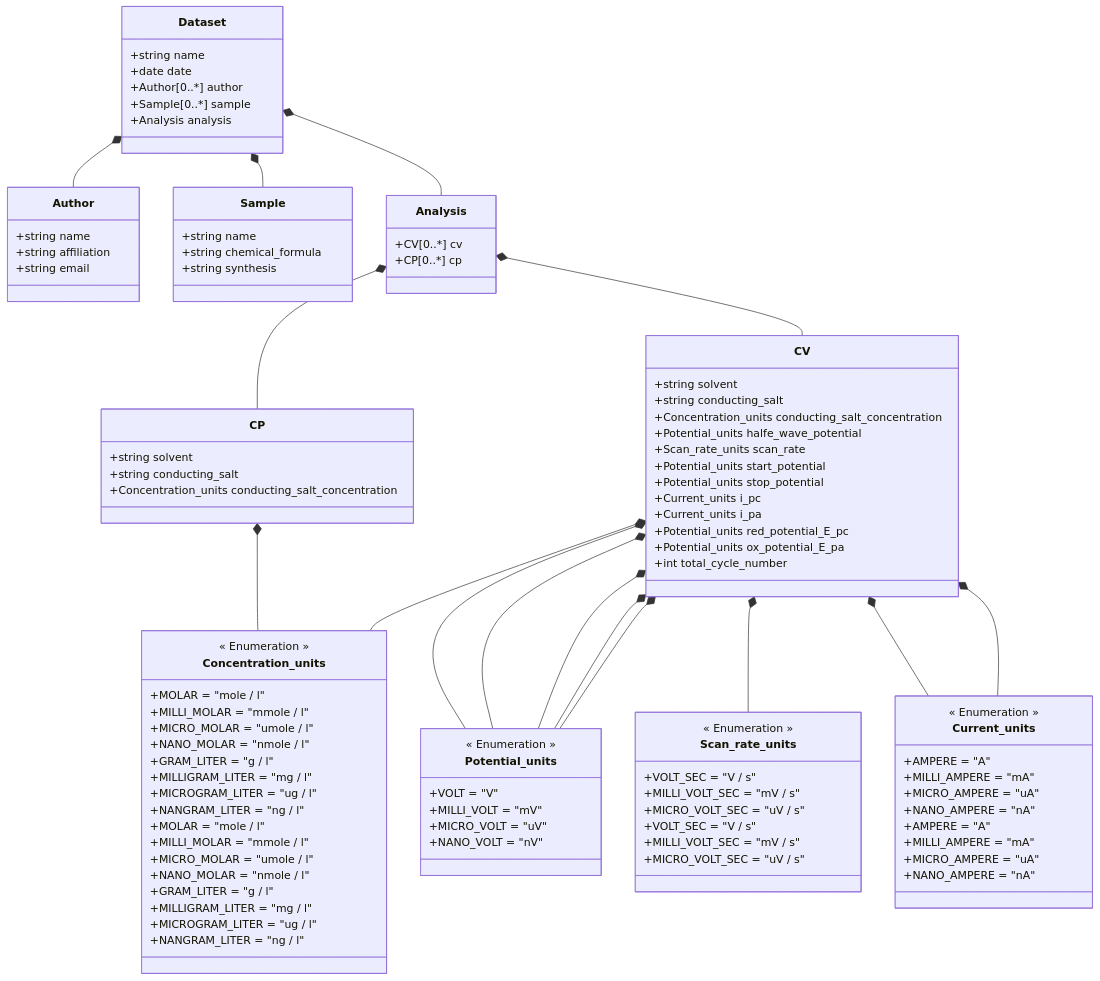
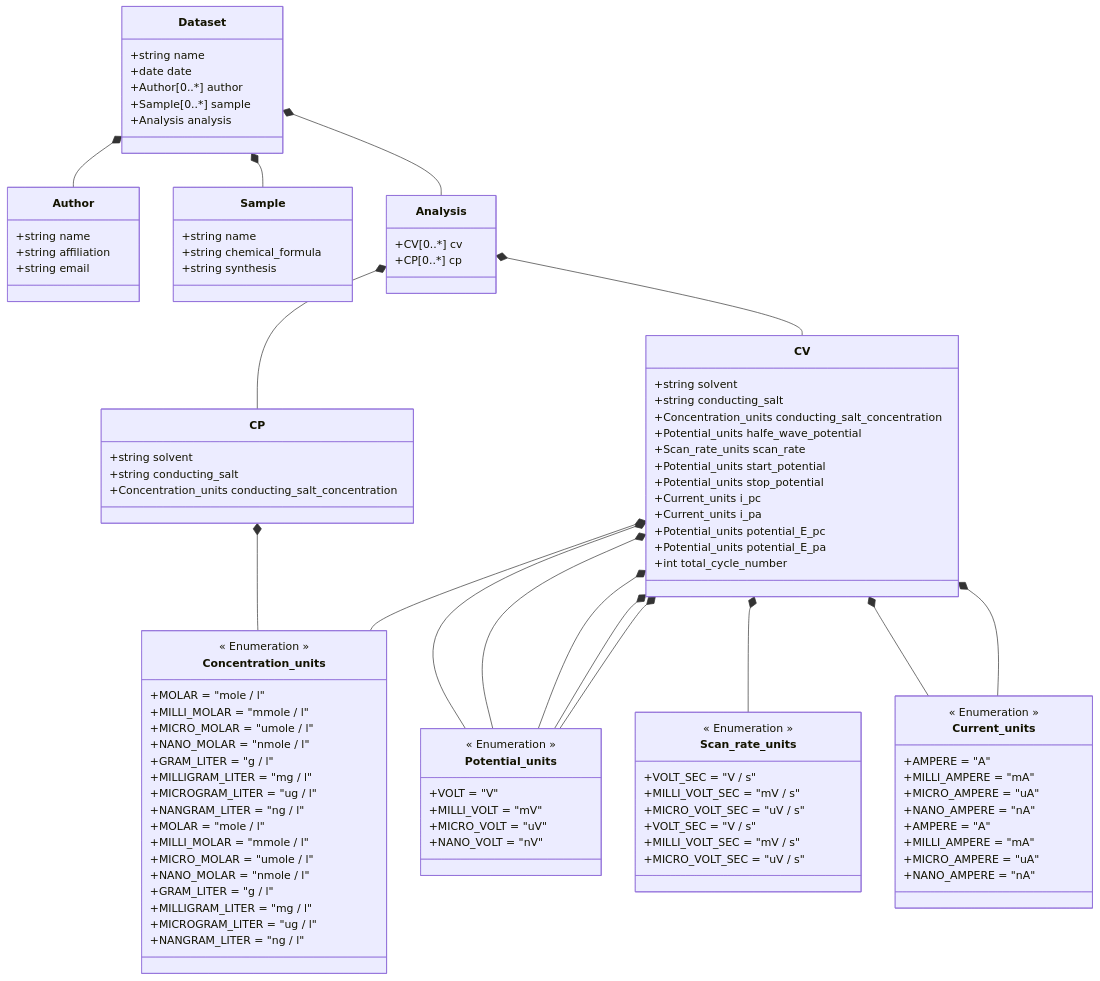
The diagram in ElectrochemistryDataModel/schemes/Datamodel for Electrochemistry.md (FAIRChemistry/datamodel-electrochemistry), drawn with Mermaid before and after one commit. The commit also changed 7 other files, not shown here.

```diff
--- a/ElectrochemistryDataModel/schemes/Datamodel for Electrochemistry.md
+++ b/ElectrochemistryDataModel/schemes/Datamodel for Electrochemistry.md
@@ -51,8 +51,8 @@
         +Potential_units stop_potential
         +Current_units i_pc
         +Current_units i_pa
-        +Potential_units red_potential_E_pc
-        +Potential_units ox_potential_E_pa
+        +Potential_units potential_E_pc
+        +Potential_units potential_E_pa
         +int total_cycle_number
     }
     
```
